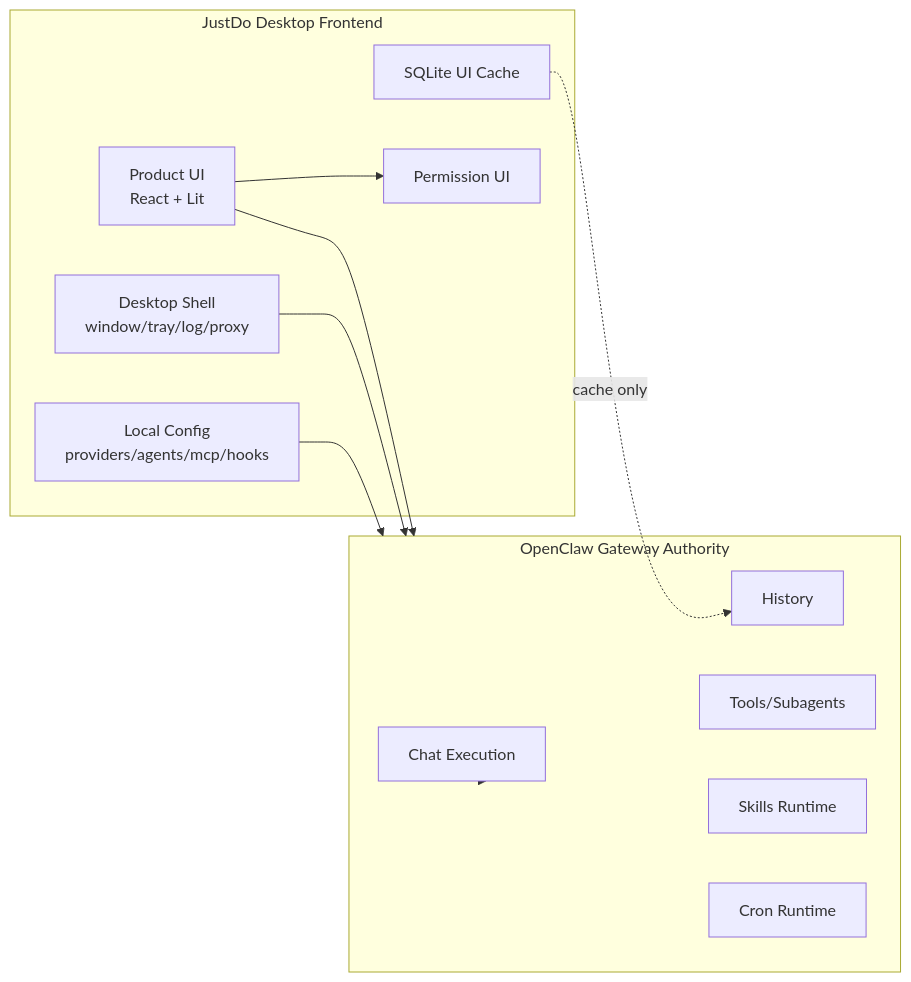
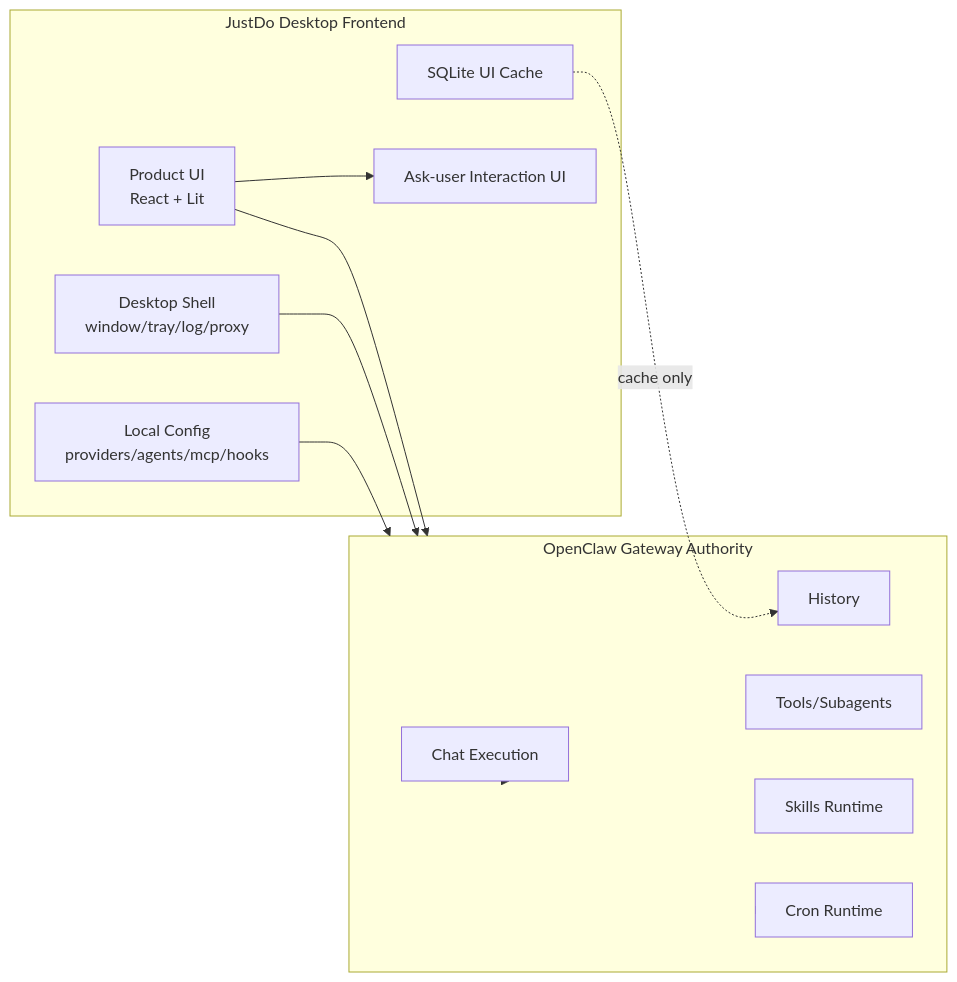
Before and after one commit to liangxhao/JustDo: the first of 2 diagrams in docs/architecture/13-pure-frontend-design.md, drawn with Mermaid. The commit also changed other lines of this file and 38 other files, not shown here.

Commit message:
refactor(cowork): replace permission flow with interactions

````diff
--- a/docs/architecture/13-pure-frontend-design.md
+++ b/docs/architecture/13-pure-frontend-design.md
@@ -12,29 +12,29 @@
 ```mermaid
 flowchart LR
   subgraph JustDo["JustDo Desktop Frontend"]
     Desktop["Desktop Shell\nwindow/tray/log/proxy"]
     UI["Product UI\nReact + Lit"]
     Config["Local Config\nproviders/agents/mcp/hooks"]
     Cache["SQLite UI Cache"]
-    Permission["Permission UI"]
+    Interaction["Ask-user Interaction UI"]
   end
 
   subgraph Gateway["OpenClaw Gateway Authority"]
     Chat["Chat Execution"]
     History["History"]
     Tools["Tools/Subagents"]
     Skills["Skills Runtime"]
     Cron["Cron Runtime"]
   end
 
-  UI --> Permission
+  UI --> Interaction
   Config --> Gateway
   Cache -. "cache only" .-> History
   Desktop --> Gateway
   UI --> Gateway
   Gateway --> Chat
   Gateway --> History
   Gateway --> Tools
   Gateway --> Skills
   Gateway --> Cron
 ```
````
